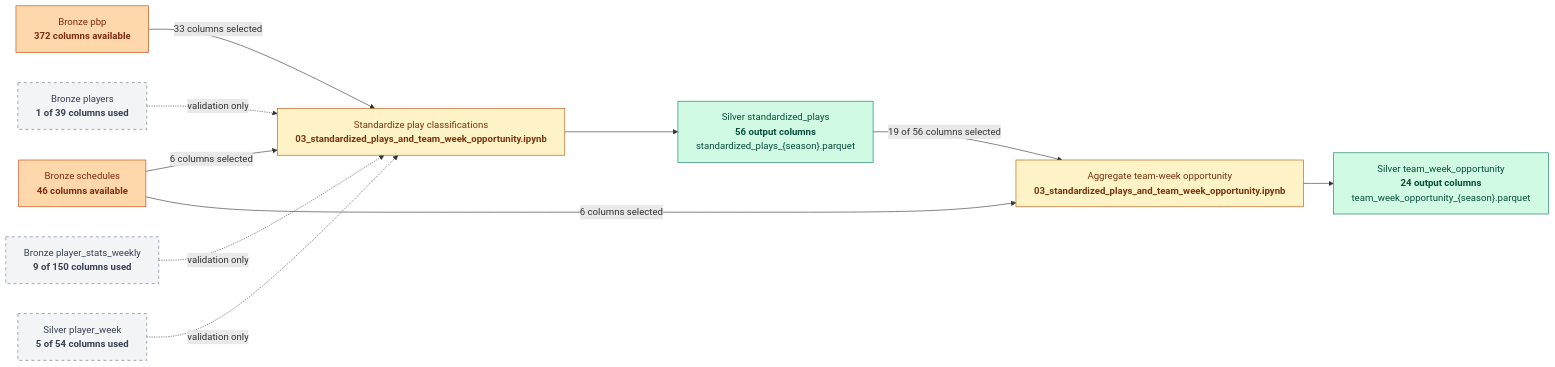
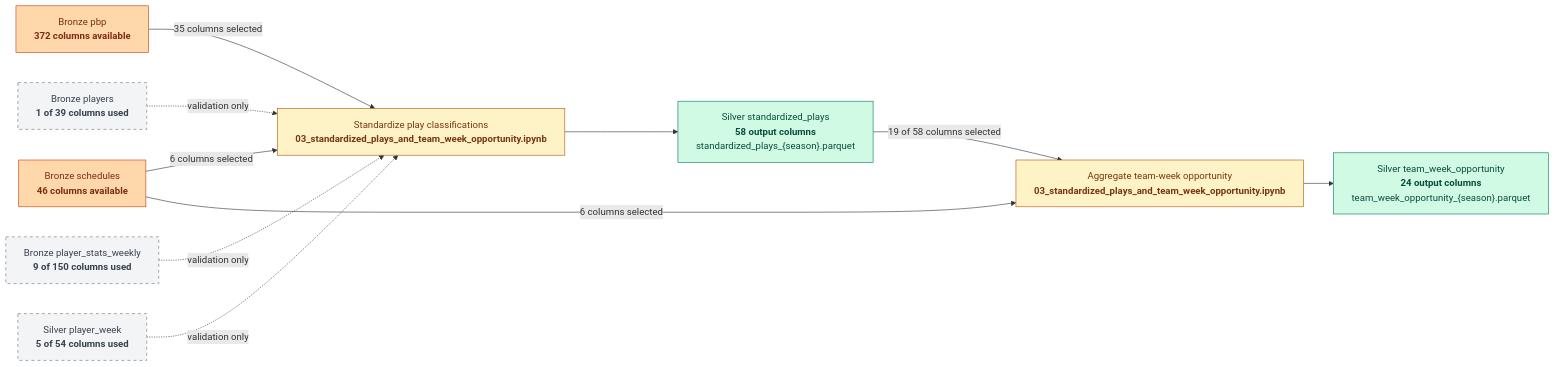
The third of 12 diagrams in docs/schema-evolution.md (ddarby15/nfl-dream-lab-app), drawn with Mermaid before and after one commit. The commit also changed other lines of this file and 25 other files, not shown here.

Commit message:
update docs and roadmap

````diff
--- a/docs/schema-evolution.md
+++ b/docs/schema-evolution.md
@@ -106,35 +107,35 @@
 ```mermaid
 flowchart LR
     B_PBP["Bronze pbp<br/><b>372 columns available</b>"]
     B_SCHEDULES["Bronze schedules<br/><b>46 columns available</b>"]
     V_PLAYERS["Bronze players<br/><b>1 of 39 columns used</b>"]
     V_STATS["Bronze player_stats_weekly<br/><b>9 of 150 columns used</b>"]
     V_WEEK["Silver player_week<br/><b>5 of 54 columns used</b>"]
 
     X_PLAYS["Standardize play classifications<br/><b>03_standardized_plays_and_team_week_opportunity.ipynb</b>"]
-    S_PLAYS["Silver standardized_plays<br/><b>56 output columns</b><br/>standardized_plays_{season}.parquet"]
+    S_PLAYS["Silver standardized_plays<br/><b>58 output columns</b><br/>standardized_plays_{season}.parquet"]
 
     X_TEAM["Aggregate team-week opportunity<br/><b>03_standardized_plays_and_team_week_opportunity.ipynb</b>"]
     S_TEAM["Silver team_week_opportunity<br/><b>24 output columns</b><br/>team_week_opportunity_{season}.parquet"]
 
-    B_PBP -->|33 columns selected| X_PLAYS
+    B_PBP -->|35 columns selected| X_PLAYS
     B_SCHEDULES -->|6 columns selected| X_PLAYS
     V_PLAYERS -.->|validation only| X_PLAYS
     V_STATS -.->|validation only| X_PLAYS
     V_WEEK -.->|validation only| X_PLAYS
     X_PLAYS --> S_PLAYS
 
-    S_PLAYS -->|19 of 56 columns selected| X_TEAM
+    S_PLAYS -->|19 of 58 columns selected| X_TEAM
     B_SCHEDULES -->|6 columns selected| X_TEAM
     X_TEAM --> S_TEAM
 
     classDef bronze fill:#fed7aa,stroke:#c2410c,color:#7c2d12;
     classDef validation fill:#f3f4f6,stroke:#6b7280,color:#374151,stroke-dasharray:5 5;
     classDef step fill:#fef3c7,stroke:#b45309,color:#78350f;
     classDef silver fill:#d1fae5,stroke:#047857,color:#064e3b;
 
     class B_PBP,B_SCHEDULES bronze;
     class V_PLAYERS,V_STATS,V_WEEK validation;
     class X_PLAYS,X_TEAM step;
     class S_PLAYS,S_TEAM silver;
 ```
````
